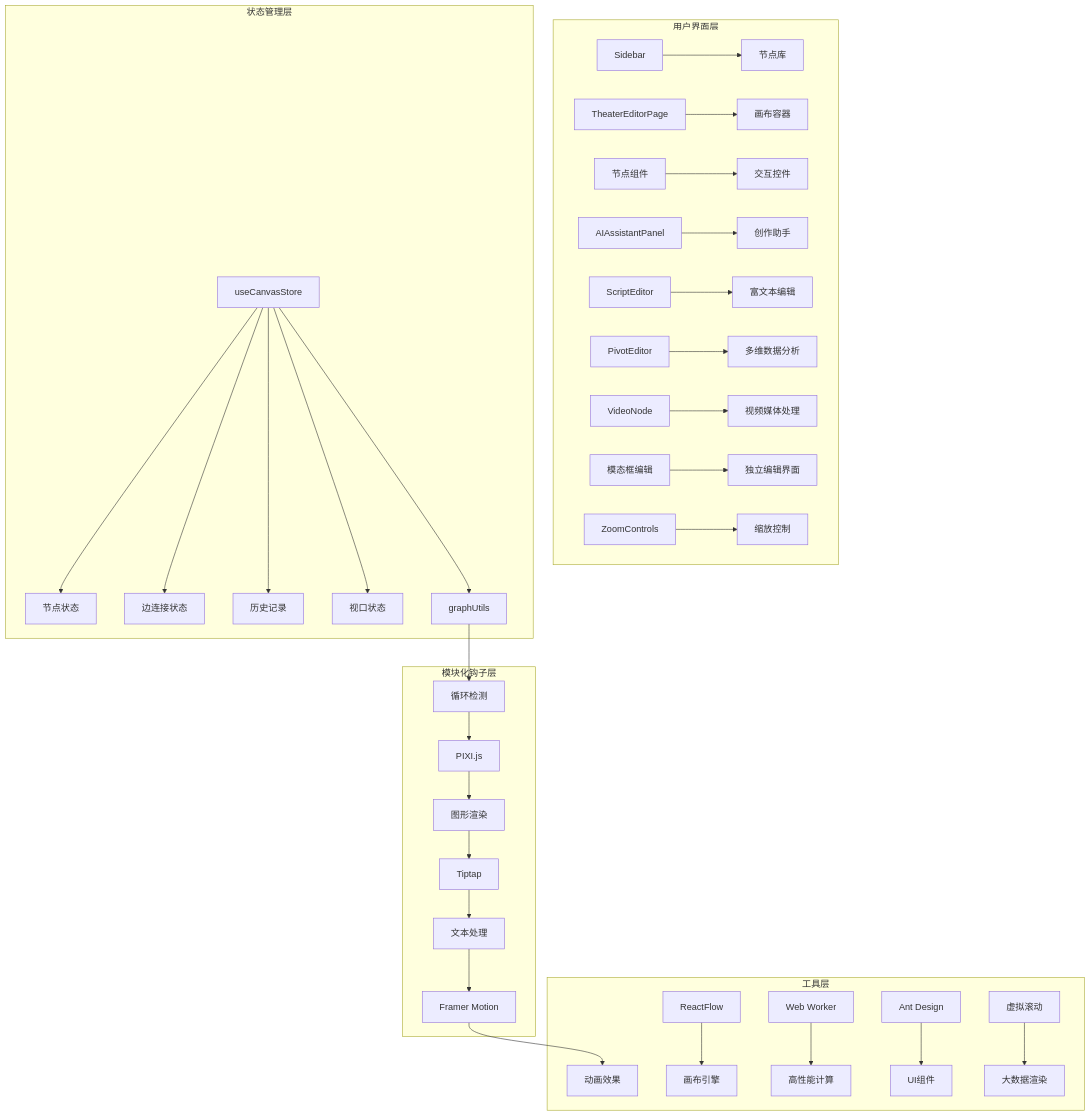
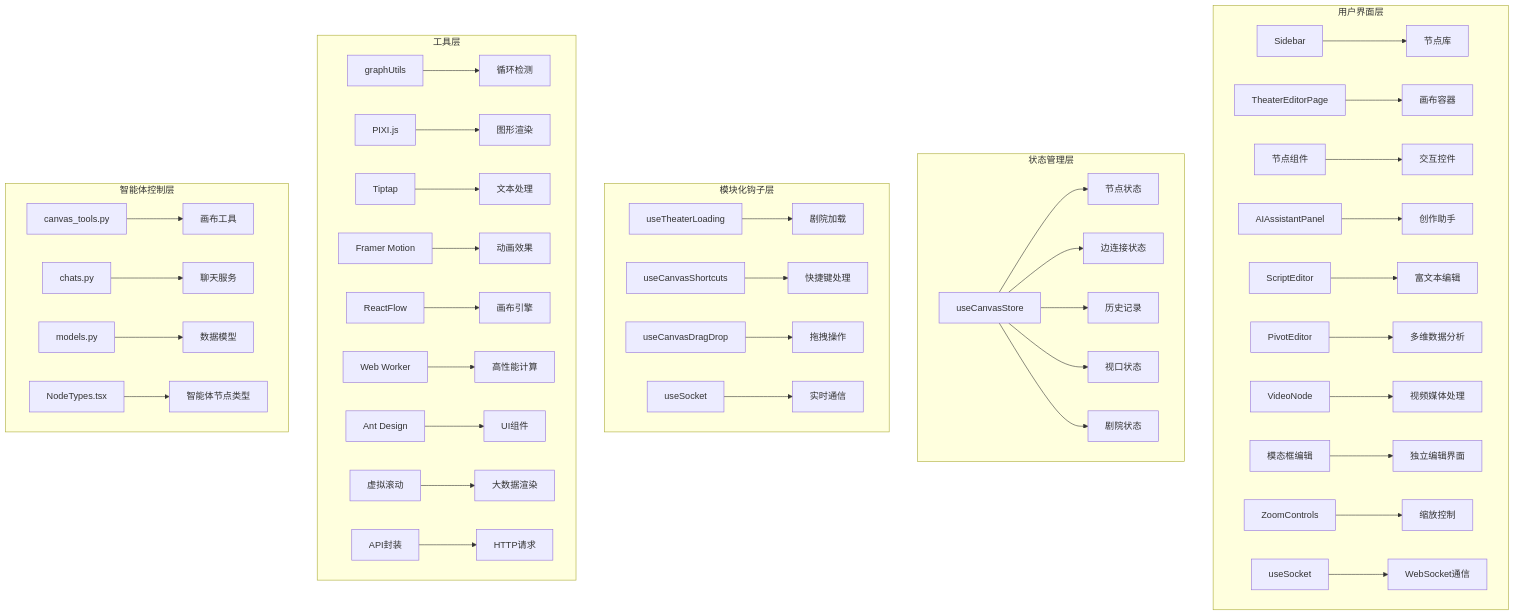
Before and after one commit to KunLabAI/KunFlix: the second of 25 diagrams in .qoder/repowiki/zh/content/系统架构/前端架构/画布故事编辑器.md, drawn with Mermaid. The commit also changed other lines of this file and 15 other files, not shown here.

````diff
--- a/.qoder/repowiki/zh/content/系统架构/前端架构/画布故事编辑器.md
+++ b/.qoder/repowiki/zh/content/系统架构/前端架构/画布故事编辑器.md
@@ -166,36 +179,45 @@
 ```mermaid
 graph TB
 subgraph "用户界面层"
 A[Sidebar] --> B[节点库]
 C[TheaterEditorPage] --> D[画布容器]
 E[节点组件] --> F[交互控件]
 G[AIAssistantPanel] --> H[创作助手]
 I[ScriptEditor] --> J[富文本编辑]
 K[PivotEditor] --> L[多维数据分析]
 M[VideoNode] --> N[视频媒体处理]
 O[模态框编辑] --> P[独立编辑界面]
 Q[ZoomControls] --> R[缩放控制]
+S[useSocket] --> T[WebSocket通信]
 end
 subgraph "状态管理层"
-S[useCanvasStore] --> T[节点状态]
-S --> U[边连接状态]
-S --> V[历史记录]
-S --> W[视口状态]
-S --> X[剧院状态]
+U[useCanvasStore] --> V[节点状态]
+U --> W[边连接状态]
+U --> X[历史记录]
+U --> Y[视口状态]
+U --> Z[剧院状态]
 end
 subgraph "模块化钩子层"
-Y[useTheaterLoading] --> Z[剧院加载]
-AA[useCanvasShortcuts] --> BB[快捷键处理]
-CC[useCanvasDragDrop] --> DD[拖拽操作]
+AA[useTheaterLoading] --> BB[剧院加载]
+CC[useCanvasShortcuts] --> DD[快捷键处理]
+EE[useCanvasDragDrop] --> FF[拖拽操作]
+GG[useSocket] --> HH[实时通信]
 end
 subgraph "工具层"
-X[graphUtils] --> Y[循环检测]
-Z[PIXI.js] --> AA[图形渲染]
-BB[Tiptap] --> CC[文本处理]
-DD[Framer Motion] --> EE[动画效果]
-FF[ReactFlow] --> GG[画布引擎]
-HH[Web Worker] --> II[高性能计算]
-JJ[Ant Design] --> KK[UI组件]
-LL[虚拟滚动] --> MM[大数据渲染]
+II[graphUtils] --> JJ[循环检测]
+KK[PIXI.js] --> LL[图形渲染]
+MM[Tiptap] --> NN[文本处理]
+OO[Framer Motion] --> PP[动画效果]
+QQ[ReactFlow] --> RR[画布引擎]
+SS[Web Worker] --> TT[高性能计算]
+UU[Ant Design] --> VV[UI组件]
+WW[虚拟滚动] --> XX[大数据渲染]
+YY[API封装] --> ZZ[HTTP请求]
+end
+subgraph "智能体控制层"
+AAA[canvas_tools.py] --> BBB[画布工具]
+CCC[chats.py] --> DDD[聊天服务]
+EEE[models.py] --> FFF[数据模型]
+GGG[NodeTypes.tsx] --> HHH[智能体节点类型]
 end
 ```
````
